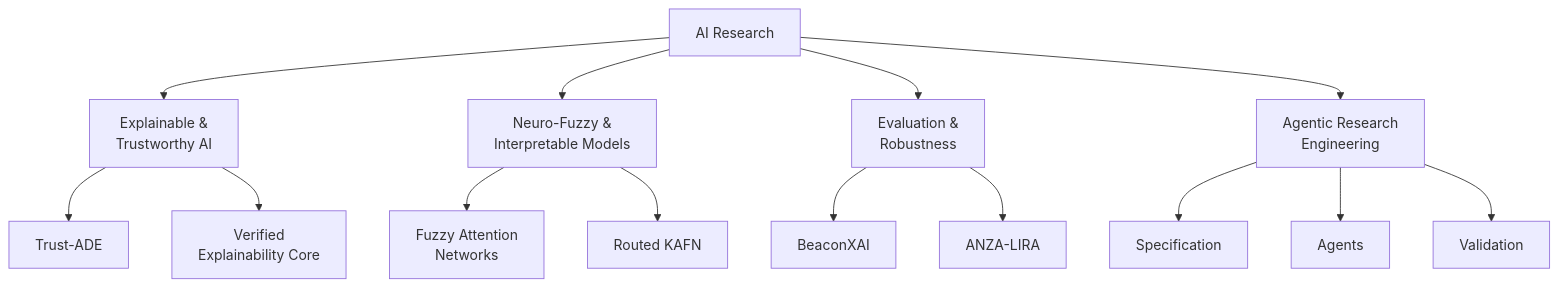
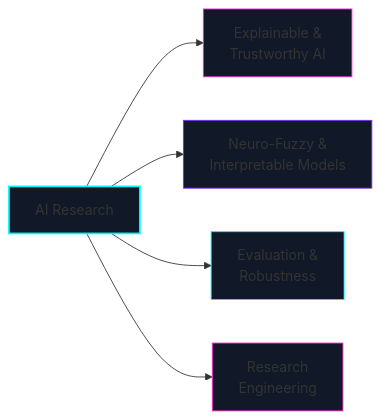
One commit to lebedeffson/lebedeffson changed the first of 2 diagrams in README.md. Above: the diagram before and after it, drawn with Mermaid. The commit also changed other lines of this file, not shown here.

````diff
--- a/README.md
+++ b/README.md
@@ -46,28 +53,21 @@
 ```mermaid
-flowchart TB
+flowchart LR
 
     R["AI Research"]
 
     X["Explainable &<br/>Trustworthy AI"]
     N["Neuro-Fuzzy &<br/>Interpretable Models"]
-    E["Evaluation &<br/>Robustness"]
-    A["Agentic Research<br/>Engineering"]
+    V["Evaluation &<br/>Robustness"]
+    E["Research<br/>Engineering"]
 
     R --> X
     R --> N
+    R --> V
     R --> E
-    R --> A
 
-    X --> T["Trust-ADE"]
-    X --> V["Verified<br/>Explainability Core"]
-
-    N --> F["Fuzzy Attention<br/>Networks"]
-    N --> K["Routed KAFN"]
-
-    E --> B["BeaconXAI"]
-    E --> L["ANZA-LIRA"]
-
-    A --> S["Specification"]
-    A --> G["Agents"]
-    A --> Q["Validation"]
+    style R fill:#111827,stroke:#00F5FF,stroke-width:2px
+    style X fill:#111827,stroke:#FF2BD6
+    style N fill:#111827,stroke:#7B2CFF
+    style V fill:#111827,stroke:#00F5FF
+    style E fill:#111827,stroke:#FF2BD6
 ```
````
